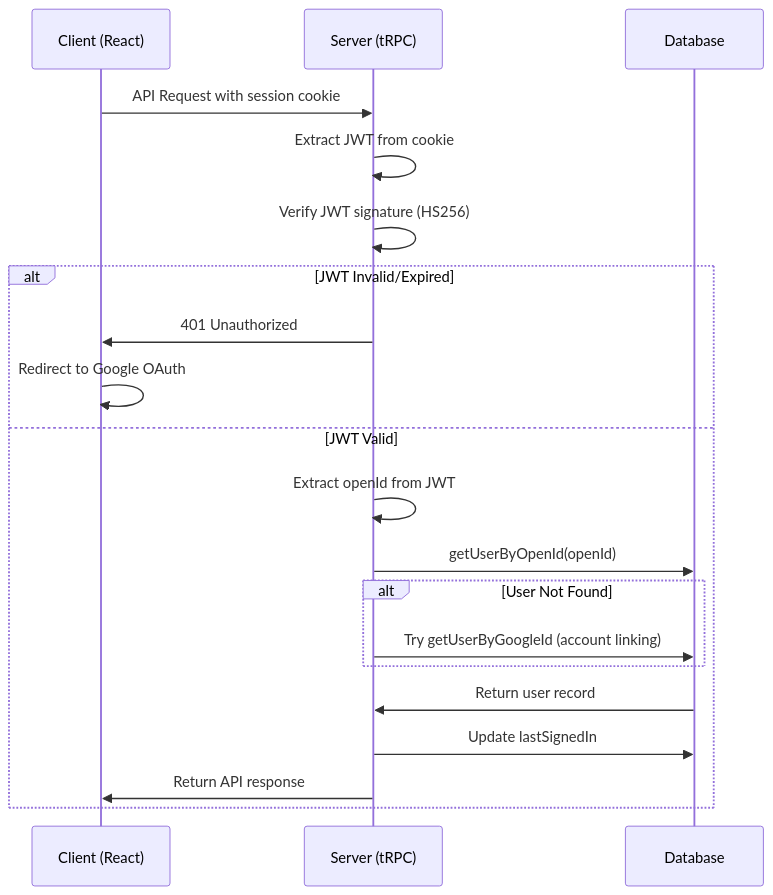
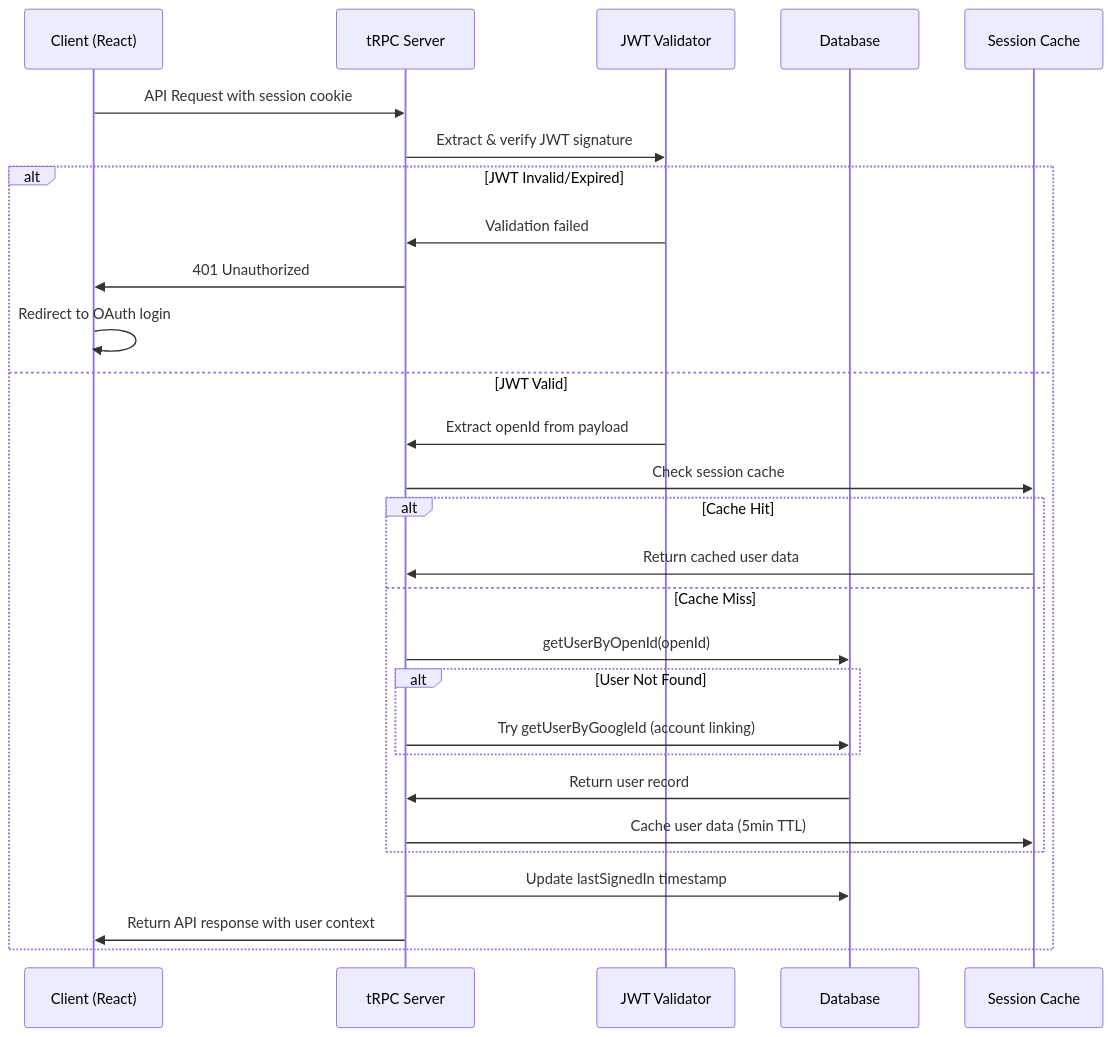
One commit to NobleVision/GOGETTER changed the seventh of 8 diagrams in README.md. Above: the diagram before and after it, drawn with Mermaid. The commit also changed other lines of this file and 136 other files, not shown here.

````diff
--- a/README.md
+++ b/README.md
@@ -54,23 +348,34 @@
 ```mermaid
 sequenceDiagram
     participant Client as Client (React)
-    participant Server as Server (tRPC)
+    participant Server as tRPC Server
+    participant JWT as JWT Validator
     participant DB as Database
+    participant Cache as Session Cache
 
     Client->>Server: API Request with session cookie
-    Server->>Server: Extract JWT from cookie
-    Server->>Server: Verify JWT signature (HS256)
+    Server->>JWT: Extract & verify JWT signature
+    
     alt JWT Invalid/Expired
+        JWT->>Server: Validation failed
         Server->>Client: 401 Unauthorized
-        Client->>Client: Redirect to Google OAuth
+        Client->>Client: Redirect to OAuth login
     else JWT Valid
-        Server->>Server: Extract openId from JWT
-        Server->>DB: getUserByOpenId(openId)
-        alt User Not Found
-            Server->>DB: Try getUserByGoogleId (account linking)
+        JWT->>Server: Extract openId from payload
+        Server->>Cache: Check session cache
+        
+        alt Cache Hit
+            Cache->>Server: Return cached user data
+        else Cache Miss
+            Server->>DB: getUserByOpenId(openId)
+            alt User Not Found
+                Server->>DB: Try getUserByGoogleId (account linking)
+            end
+            DB->>Server: Return user record
+            Server->>Cache: Cache user data (5min TTL)
         end
-        DB->>Server: Return user record
-        Server->>DB: Update lastSignedIn
-        Server->>Client: Return API response
+        
+        Server->>DB: Update lastSignedIn timestamp
+        Server->>Client: Return API response with user context
     end
 ```
````
